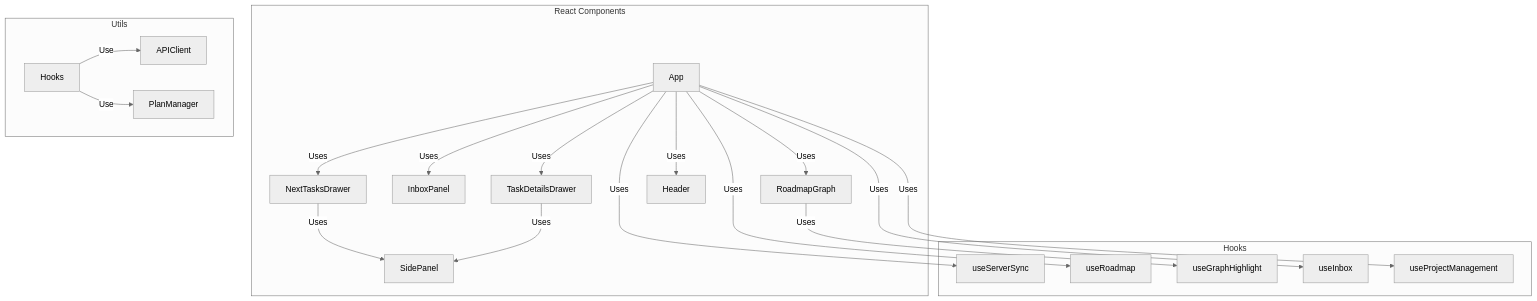
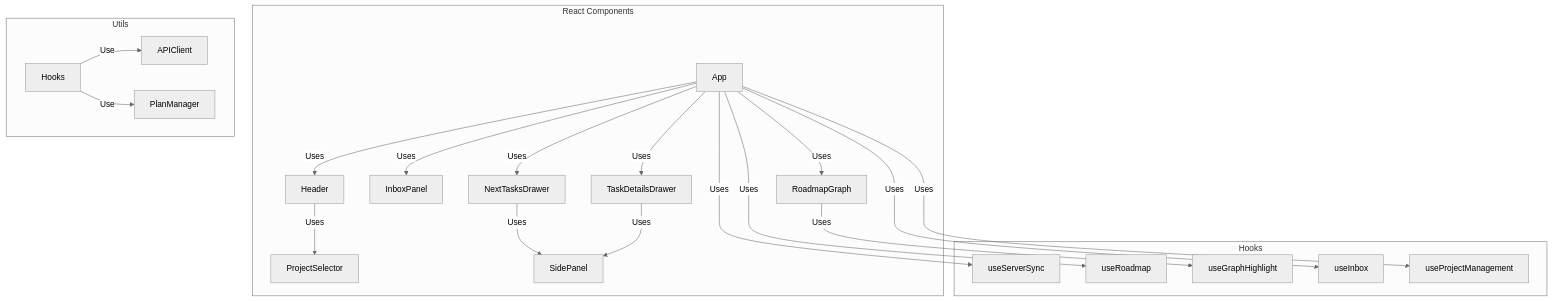
The diagram in docs/architecture/frontend.md (tantinlala/blossom-mcp), drawn with Mermaid (neutral theme) before and after one commit. The commit also changed other lines of this file and 19 other files, not shown here.

````diff
--- a/docs/architecture/frontend.md
+++ b/docs/architecture/frontend.md
@@ -3,23 +3,24 @@
 ```mermaid
 graph TD
     subgraph React Components
         App -->|Uses| RoadmapGraph
         App -->|Uses| InboxPanel
         App -->|Uses| NextTasksDrawer
         App -->|Uses| TaskDetailsDrawer
         App -->|Uses| Header
+        Header -->|Uses| ProjectSelector
         NextTasksDrawer -->|Uses| SidePanel
         TaskDetailsDrawer -->|Uses| SidePanel
     end
     subgraph Hooks
         App -->|Uses| useServerSync
         App -->|Uses| useRoadmap
         RoadmapGraph -->|Uses| useGraphHighlight
         App -->|Uses| useInbox
         App -->|Uses| useProjectManagement
     end
     subgraph Utils
         Hooks2[Hooks] -->|Use| APIClient
         Hooks2 -->|Use| PlanManager
     end
 ```
````
